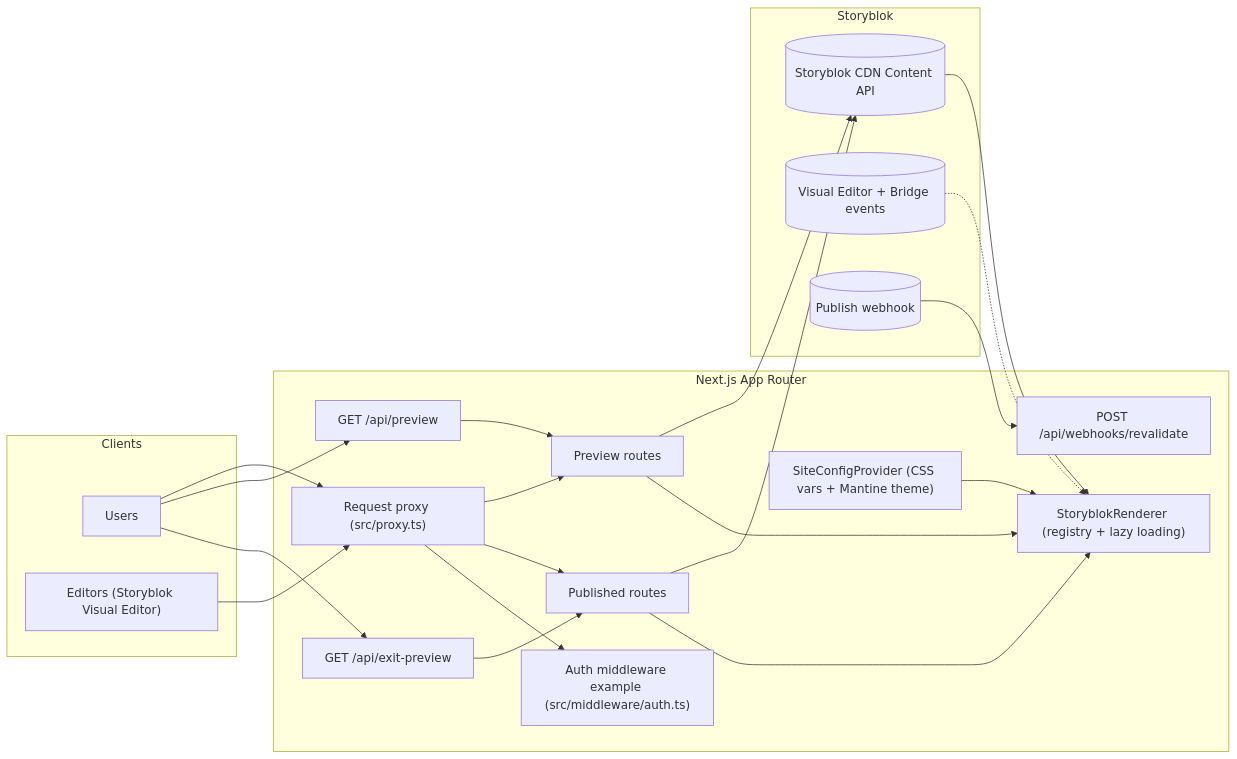
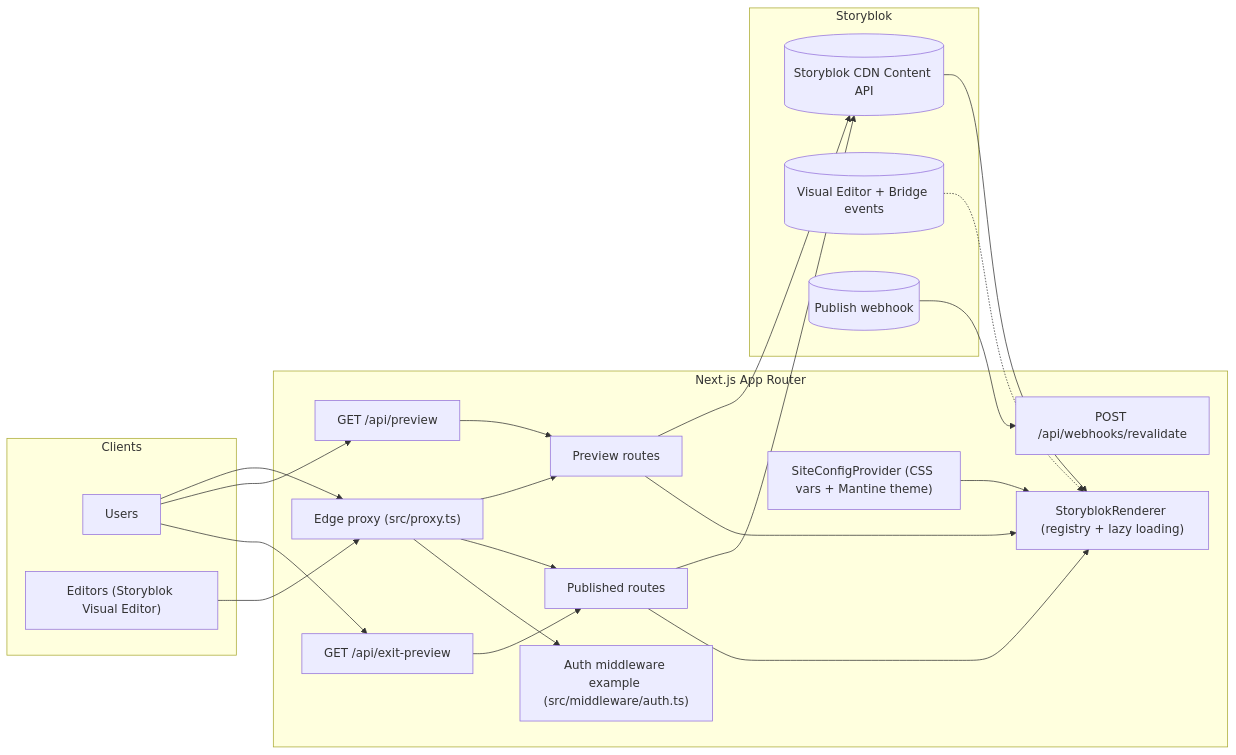
Before and after one commit to songam-su/storyblok-nextjs-mantine-demo: the diagram in docs/architecture/project-architecture.md, drawn with Mermaid. The commit also changed other lines of this file and 21 other files, not shown here.

````diff
--- a/docs/architecture/project-architecture.md
+++ b/docs/architecture/project-architecture.md
@@ -12,55 +12,55 @@
 ```mermaid
 flowchart LR
   %% Core systems
   subgraph Client[Clients]
     U[Users]
     E["Editors (Storyblok Visual Editor)"]
   end
 
   subgraph Next[Next.js App Router]
-    Proxy["Request proxy (src/proxy.ts)"]
+    Proxy["Edge proxy (src/proxy.ts)"]
 
     Pub["Published routes"]
     Prev["Preview routes"]
 
     ApiPreview["GET /api/preview"]
     ApiExit["GET /api/exit-preview"]
 
     Renderer["StoryblokRenderer (registry + lazy loading)"]
     Theme["SiteConfigProvider (CSS vars + Mantine theme)"]
 
     Webhook["POST /api/webhooks/revalidate"]
     Auth["Auth middleware example (src/middleware/auth.ts)"]
   end
 
   subgraph CMS[Storyblok]
     SB[(Storyblok CDN Content API)]
     VE[(Visual Editor + Bridge events)]
     PubHook[(Publish webhook)]
   end
 
   %% Entry points
   U --> Proxy
   E --> Proxy
 
   %% Routing decisions
   Proxy --> Prev
   Proxy --> Pub
   Proxy --> Auth
 
   %% Preview control endpoints
   U --> ApiPreview --> Prev
   U --> ApiExit --> Pub
 
   %% Data + render pipeline
   Pub --> SB
   Prev --> SB
   SB --> Renderer
   Theme --> Renderer
   Pub --> Renderer
   Prev --> Renderer
   VE -.-> Renderer
 
   %% Freshness
   PubHook --> Webhook
 ```
````
